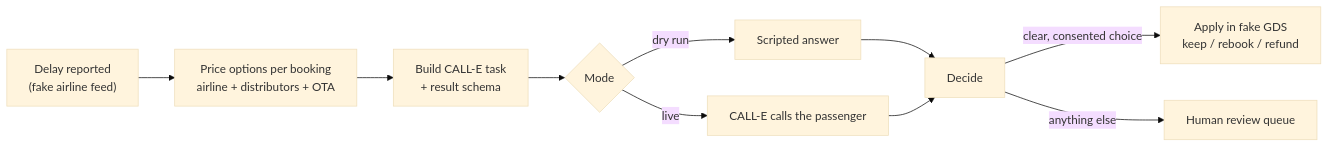
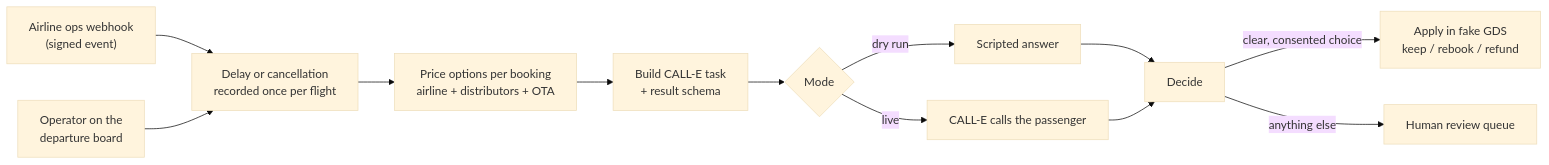
One commit to CALLE-AI/awesome-phone-call-agents changed the first of 2 diagrams in apps/typescript/flight-disruption-agent/README.md. Above: the diagram before and after it, drawn with Mermaid (base theme). The commit also changed other lines of this file and 1 other file, not shown here.

First line of the commit message:
docs(flight-disruption-agent): document cancellations, force majeure, and the ops webhook

````diff
--- a/apps/typescript/flight-disruption-agent/README.md
+++ b/apps/typescript/flight-disruption-agent/README.md
@@ -28,12 +36,14 @@
 ```mermaid
 flowchart LR
-    A["Delay reported<br/>(fake airline feed)"] --> B["Price options per booking<br/>airline + distributors + OTA"]
+    W["Airline ops webhook<br/>(signed event)"] --> A
+    O["Operator on the<br/>departure board"] --> A
+    A["Delay or cancellation<br/>recorded once per flight"] --> B["Price options per booking<br/>airline + distributors + OTA"]
     B --> C["Build CALL-E task<br/>+ result schema"]
     C --> D{"Mode"}
     D -- "dry run" --> E["Scripted answer"]
     D -- "live" --> F["CALL-E calls the passenger"]
     E --> G["Decide"]
     F --> G
     G -- "clear, consented choice" --> H["Apply in fake GDS<br/>keep / rebook / refund"]
     G -- "anything else" --> I["Human review queue"]
 ```
````
